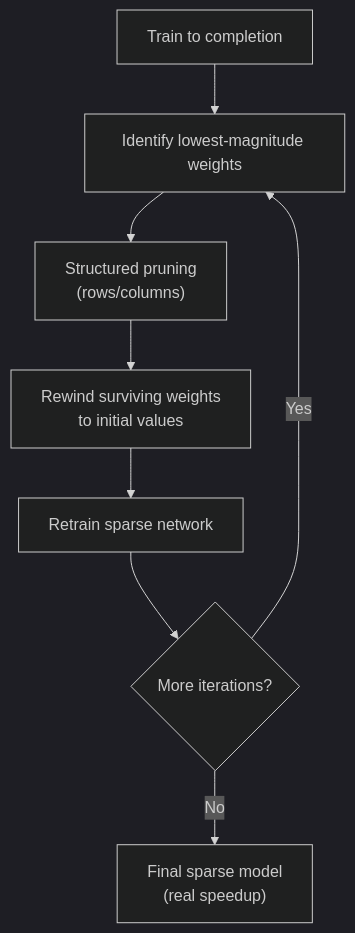
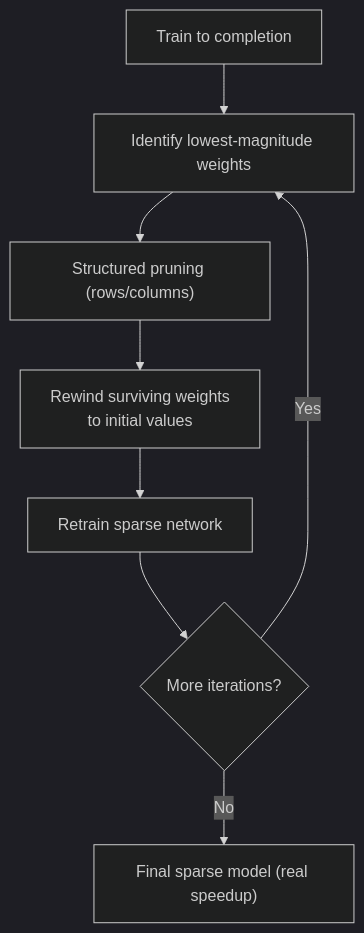
The third of 3 diagrams in README.md (MaTichy/Rational_Activations_and_Compression_in_Visual_Transformer_Models), drawn with Mermaid (dark theme) before and after one commit. The commit also changed other lines of this file, not shown here.

Commit message:
Fix formatting in README mermaid diagrams

````diff
--- a/README.md
+++ b/README.md
@@ -79,10 +79,10 @@
 ```mermaid
 flowchart TD
     A["Train to completion"] --> B["Identify lowest-magnitude weights"]
-    B --> C["Structured pruning\n(rows/columns)"]
+    B --> C["Structured pruning (rows/columns)"]
     C --> D["Rewind surviving weights\nto initial values"]
     D --> E["Retrain sparse network"]
     E --> F{More iterations?}
     F -->|Yes| B
-    F -->|No| G["Final sparse model\n(real speedup)"]
+    F -->|No| G["Final sparse model (real speedup)"]
 ```
````
